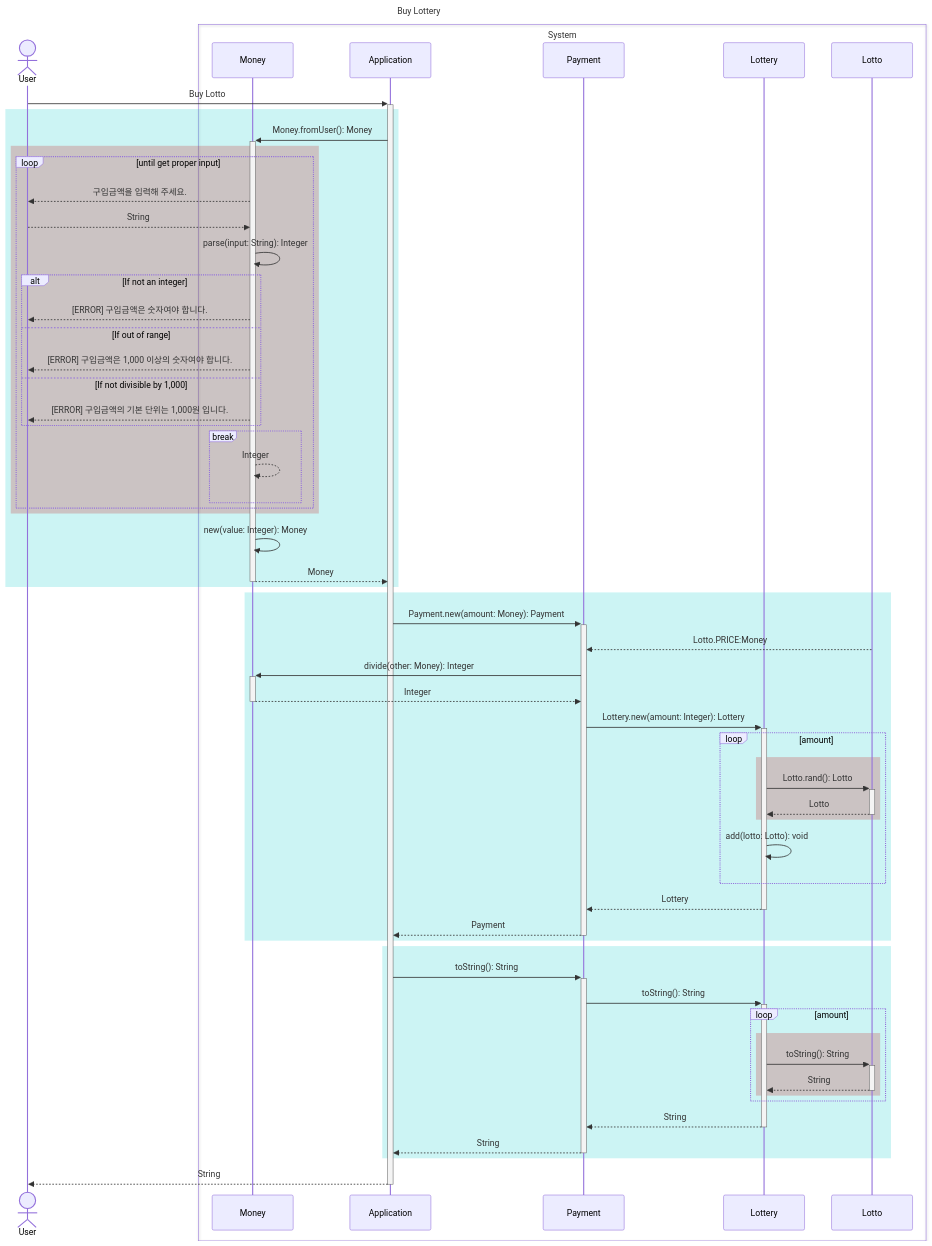
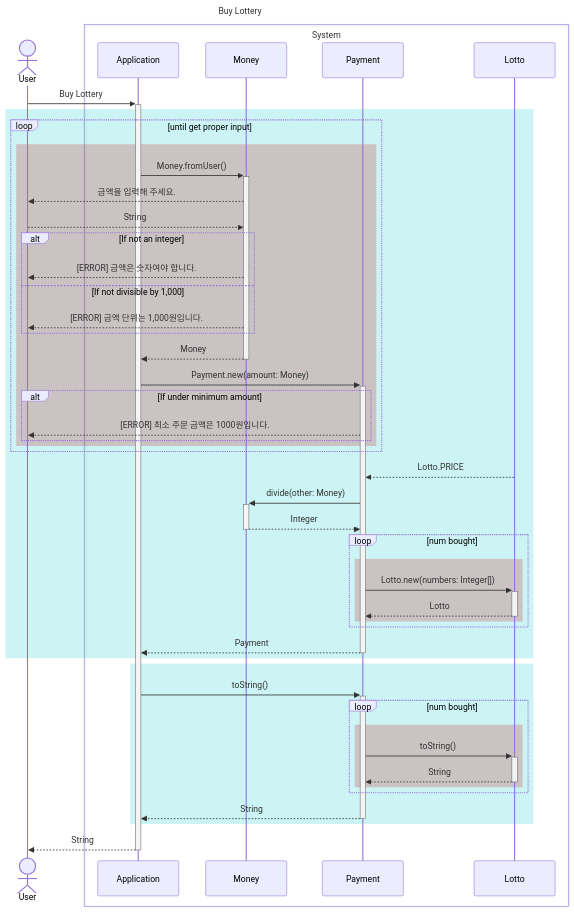
Before and after one commit to gdsc-konkuk/23-24_study_2nd_java-lotto-6: the third of 6 diagrams in docs/README.md, drawn with Mermaid. The commit also changed other lines of this file, not shown here.

````diff
--- a/docs/README.md
+++ b/docs/README.md
@@ -112,74 +107,64 @@
 ```mermaid
 ---
 title: Buy Lottery
 ---
 sequenceDiagram
     actor User
     box System
+        participant Application
         participant Money
-        participant Application
         participant Payment
-        participant Lottery
         participant Lotto
     end
 
-    User ->>+ Application: Buy Lotto
+    User ->>+ Application: Buy Lottery
     rect rgb(0, 200, 200, 0.2)
-        Application ->>+ Money: Money.fromUser(): Money
-
-        rect rgb(200, 0, 0, 0.2)
-            loop until get proper input
-                Money -->> User: 구입금액을 입력해 주세요.
+        loop until get proper input
+            rect rgb(200, 0, 0, 0.2)
+                Application ->>+ Money: Money.fromUser()
+                Money -->> User: 금액을 입력해 주세요.
                 User -->> Money: String
-                Money ->> Money: parse(input: String): Integer
 
                 alt If not an integer
-                    Money -->> User: [ERROR] 구입금액은 숫자여야 합니다.
-                else If out of range
-                    Money -->> User: [ERROR] 구입금액은 1,000 이상의 숫자여야 합니다.
+                    Money -->> User: [ERROR] 금액은 숫자여야 합니다.
                 else If not divisible by 1,000
-                    Money -->> User: [ERROR] 구입금액의 기본 단위는 1,000원 입니다.
+                    Money -->> User: [ERROR] 금액 단위는 1,000원입니다.
                 end
 
-                break
-                    Money -->> Money: Integer
+                Money -->>- Application: Money
+                Application ->>+ Payment: Payment.new(amount: Money)
+
+                alt If under minimum amount
+                    Payment -->> User: [ERROR] 최소 주문 금액은 1000원입니다.
                 end
             end
         end
-        Money ->> Money: new(value: Integer): Money
-        Money -->>- Application: Money
-    end
 
-    rect rgb(0, 200, 200, 0.2)
-        Application ->>+ Payment: Payment.new(amount: Money): Payment
-        Lotto -->> Payment: Lotto.PRICE:Money
-        Payment ->>+ Money: divide(other: Money): Integer
+        Lotto -->> Payment: Lotto.PRICE
+        Payment ->>+ Money: divide(other: Money)
         Money -->>- Payment: Integer
-        Payment ->>+ Lottery: Lottery.new(amount: Integer): Lottery
 
-        loop amount
+        loop num bought
             rect rgb(200, 0, 000, 0.2)
-                Lottery ->>+ Lotto: Lotto.rand(): Lotto
-                Lotto -->>- Lottery: Lotto
+                Payment ->>+ Lotto: Lotto.new(numbers: Integer[])
+                Lotto -->>- Payment: Lotto
             end
-            Lottery ->> Lottery: add(lotto: Lotto): void
         end
 
-        Lottery -->>- Payment: Lottery
         Payment -->>- Application: Payment
     end
 
     rect rgb(0, 200, 200, 0.2)
-        Application ->>+ Payment: toString(): String
-        Payment ->>+ Lottery: toString(): String
-        loop amount
+        Application ->>+ Payment: toString()
+
+        loop num bought
             rect rgb(200, 0, 000, 0.2)
-                Lottery ->>+ Lotto: toString(): String
-                Lotto -->>- Lottery: String
+                Payment ->>+ Lotto: toString()
+                Lotto -->>- Payment: String
             end
         end
-        Lottery -->>- Payment: String
+
         Payment -->>- Application: String
     end
     Application -->>- User: String
 ```
````
